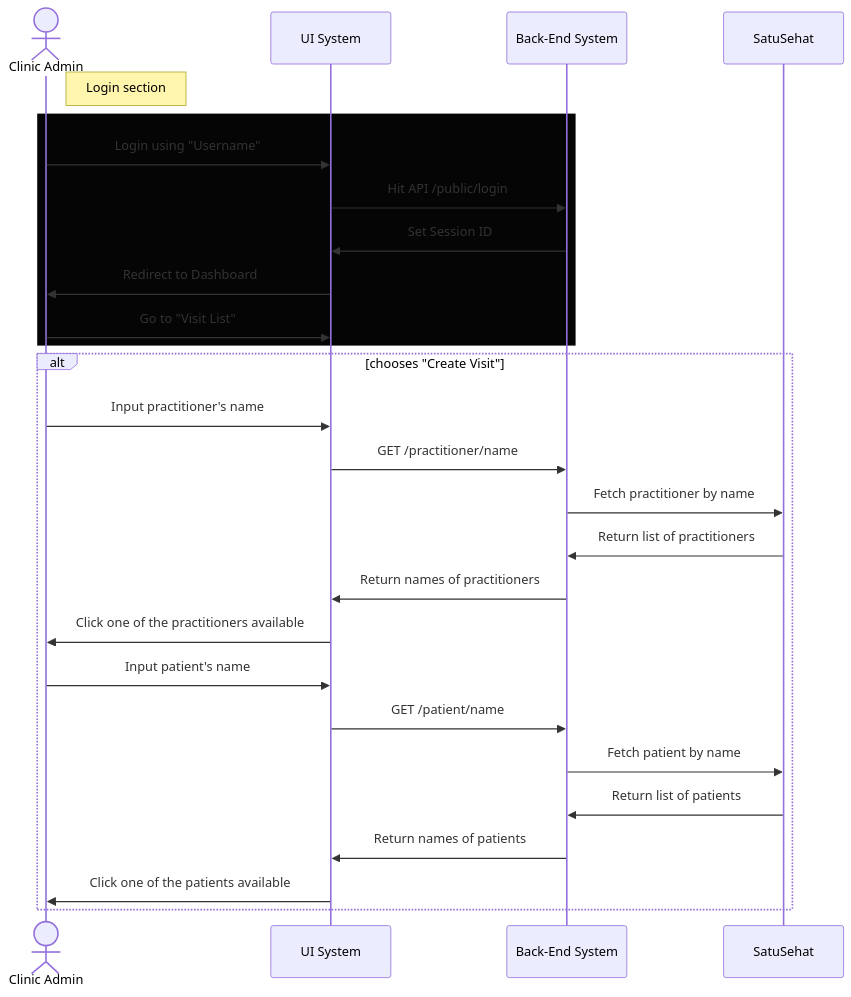
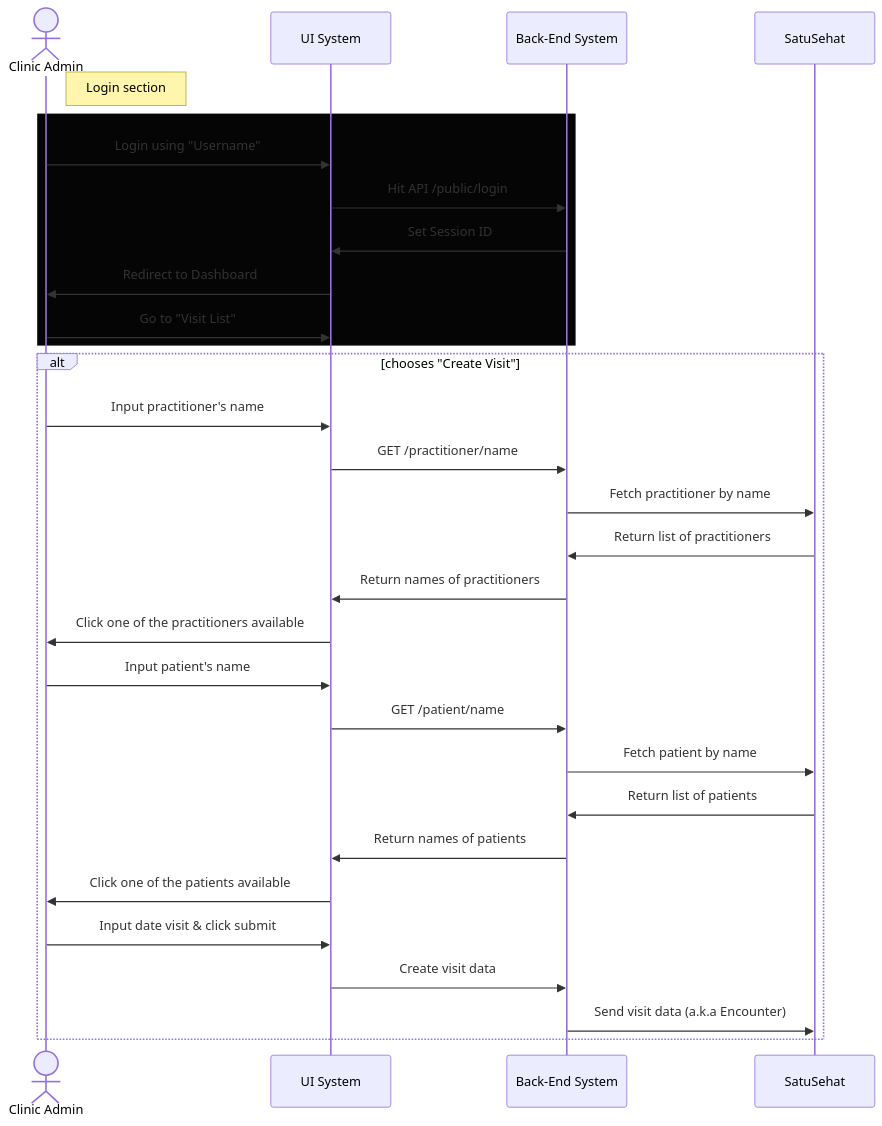
The third of 3 diagrams in docs/user-flow.md (acemint/x-admin-backend), drawn with Mermaid before and after one commit.

Commit message:
docs: added missing docs

````diff
--- a/docs/user-flow.md
+++ b/docs/user-flow.md
@@ -62,32 +62,36 @@
 ```mermaid
 sequenceDiagram
     actor C as Clinic Admin
     participant UIS as UI System 
     participant BES as Back-End System 
     participant SS as SatuSehat
     
     note right of C: Login section
     rect rgb(5, 5, 5)
         C ->> UIS: Login using "Username"
         UIS ->> BES: Hit API /public/login
         BES ->> UIS: Set Session ID
         UIS ->> C: Redirect to Dashboard
         C ->> UIS: Go to "Visit List"
     end
 
     alt chooses "Create Visit"
         C ->> UIS: Input practitioner's name 
         UIS ->> BES: GET /practitioner/name
         BES ->> SS: Fetch practitioner by name
         SS ->> BES: Return list of practitioners
         BES ->> UIS: Return names of practitioners
         UIS ->> C: Click one of the practitioners available
 
         C ->> UIS: Input patient's name 
         UIS ->> BES: GET /patient/name
         BES ->> SS: Fetch patient by name
         SS ->> BES: Return list of patients
         BES ->> UIS: Return names of patients
         UIS ->> C: Click one of the patients available
+
+        C ->> UIS: Input date visit & click submit
+        UIS ->> BES: Create visit data
+        BES ->> SS: Send visit data (a.k.a Encounter)
     end
 ```
````
